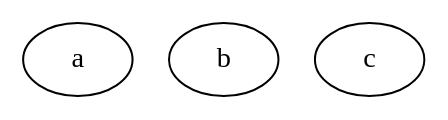
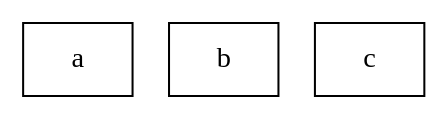
Before and after one commit to mariusz-schimke/GiGraph: diagram 27 of 40 in README.md, drawn with Graphviz. The commit also changed other lines of this file, not shown here.

````diff
--- a/README.md
+++ b/README.md
@@ -1285,12 +1288,16 @@
 ```dot
 digraph
 {
+    // (omitted fragment)
+
     {
         rank = same
+
+        node [ shape = box ]
 
         a
         b
         c
     }
 }
 ```
````
